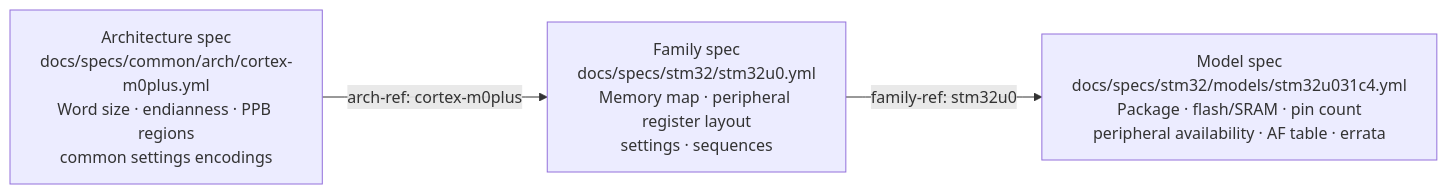
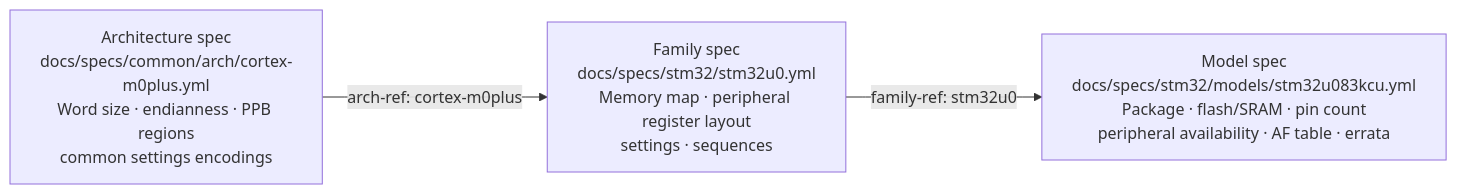
The first of 2 diagrams in docs/contributor/specs.md (grahame-org/ohal), drawn with Mermaid before and after one commit. The commit also changed other lines of this file and 11 other files, not shown here.

Commit message:
docs: added stm32u083kcu model specification (#24)

````diff
--- a/docs/contributor/specs.md
+++ b/docs/contributor/specs.md
@@ -24,9 +24,9 @@
 ```mermaid
 graph LR
     ARCH["Architecture spec\ndocs/specs/common/arch/cortex-m0plus.yml\nWord size · endianness · PPB regions\ncommon settings encodings"]
     FAM["Family spec\ndocs/specs/stm32/stm32u0.yml\nMemory map · peripheral register layout\nsettings · sequences"]
-    MOD["Model spec\ndocs/specs/stm32/models/stm32u031c4.yml\nPackage · flash/SRAM · pin count\nperipheral availability · AF table · errata"]
+    MOD["Model spec\ndocs/specs/stm32/models/stm32u083kcu.yml\nPackage · flash/SRAM · pin count\nperipheral availability · AF table · errata"]
 
     ARCH -->|"arch-ref: cortex-m0plus"| FAM
     FAM -->|"family-ref: stm32u0"| MOD
 ```
````
